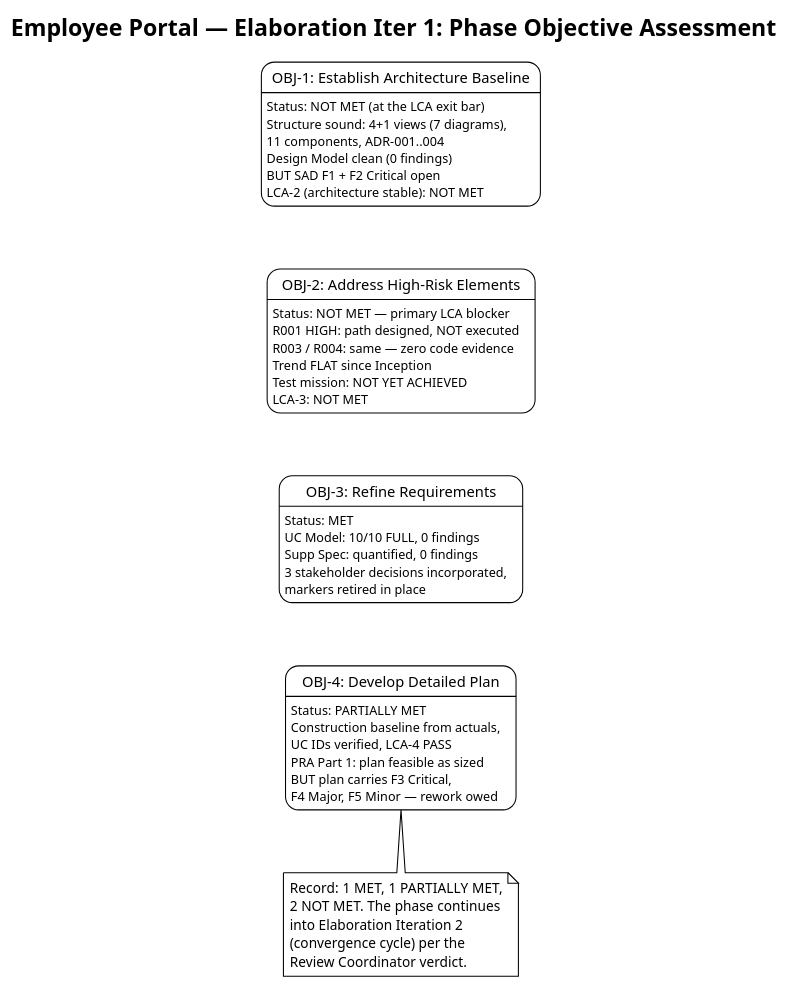
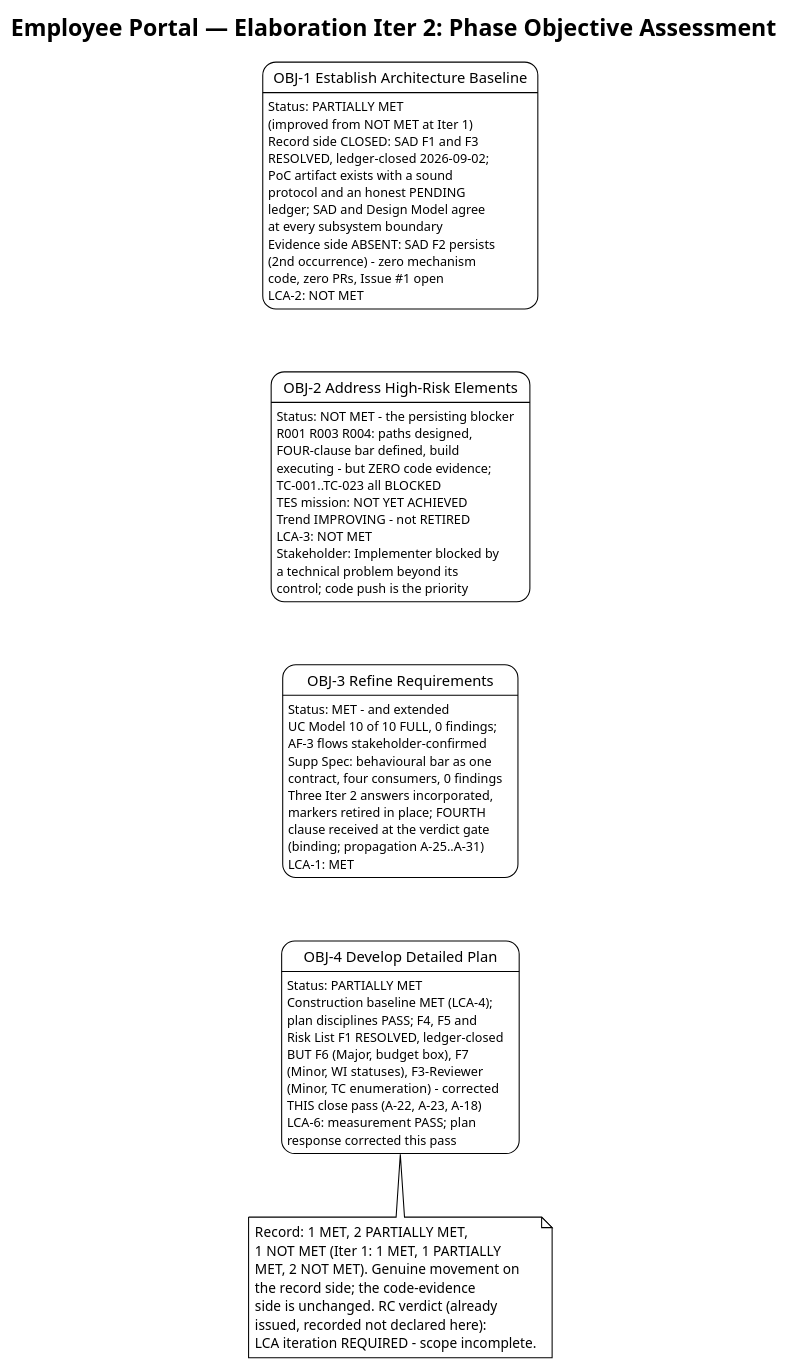
One commit to banense-test/employee-portal changed the first of 4 diagrams in docs/artifacts/project-management/iteration-assessment.md. Above: the diagram before and after it, drawn with PlantUML. The commit also changed other lines of this file, not shown here.

First line of the commit message:
Project Manager [E2]: upsert Iteration Assessment

````diff
--- a/docs/artifacts/project-management/iteration-assessment.md
+++ b/docs/artifacts/project-management/iteration-assessment.md
@@ -19,49 +21,71 @@
 ```plantuml
 @startuml
 !theme plain
-title Employee Portal — Elaboration Iter 1: Phase Objective Assessment
+title Employee Portal — Elaboration Iter 2: Phase Objective Assessment
 
-state "OBJ-1: Establish Architecture Baseline" as OBJ1 {
-  OBJ1 : Status: NOT MET (at the LCA exit bar)
-  OBJ1 : Structure sound: 4+1 views (7 diagrams),
-  OBJ1 : 11 components, ADR-001..004
-  OBJ1 : Design Model clean (0 findings)
-  OBJ1 : BUT SAD F1 + F2 Critical open
-  OBJ1 : LCA-2 (architecture stable): NOT MET
+state "OBJ-1 Establish Architecture Baseline" as OBJ1 {
+  OBJ1 : Status: PARTIALLY MET
+  OBJ1 : (improved from NOT MET at Iter 1)
+  OBJ1 : Record side CLOSED: SAD F1 and F3
+  OBJ1 : RESOLVED, ledger-closed 2026-09-02;
+  OBJ1 : PoC artifact exists with a sound
+  OBJ1 : protocol and an honest PENDING
+  OBJ1 : ledger; SAD and Design Model agree
+  OBJ1 : at every subsystem boundary
+  OBJ1 : Evidence side ABSENT: SAD F2 persists
+  OBJ1 : (2nd occurrence) - zero mechanism
+  OBJ1 : code, zero PRs, Issue #1 open
+  OBJ1 : LCA-2: NOT MET
 }
-state "OBJ-2: Address High-Risk Elements" as OBJ2 {
-  OBJ2 : Status: NOT MET — primary LCA blocker
-  OBJ2 : R001 HIGH: path designed, NOT executed
-  OBJ2 : R003 / R004: same — zero code evidence
-  OBJ2 : Trend FLAT since Inception
-  OBJ2 : Test mission: NOT YET ACHIEVED
+state "OBJ-2 Address High-Risk Elements" as OBJ2 {
+  OBJ2 : Status: NOT MET - the persisting blocker
+  OBJ2 : R001 R003 R004: paths designed,
+  OBJ2 : FOUR-clause bar defined, build
+  OBJ2 : executing - but ZERO code evidence;
+  OBJ2 : TC-001..TC-023 all BLOCKED
+  OBJ2 : TES mission: NOT YET ACHIEVED
+  OBJ2 : Trend IMPROVING - not RETIRED
   OBJ2 : LCA-3: NOT MET
+  OBJ2 : Stakeholder: Implementer blocked by
+  OBJ2 : a technical problem beyond its
+  OBJ2 : control; code push is the priority
 }
-state "OBJ-3: Refine Requirements" as OBJ3 {
-  OBJ3 : Status: MET
-  OBJ3 : UC Model: 10/10 FULL, 0 findings
-  OBJ3 : Supp Spec: quantified, 0 findings
-  OBJ3 : 3 stakeholder decisions incorporated,
-  OBJ3 : markers retired in place
+state "OBJ-3 Refine Requirements" as OBJ3 {
+  OBJ3 : Status: MET - and extended
+  OBJ3 : UC Model 10 of 10 FULL, 0 findings;
+  OBJ3 : AF-3 flows stakeholder-confirmed
+  OBJ3 : Supp Spec: behavioural bar as one
+  OBJ3 : contract, four consumers, 0 findings
+  OBJ3 : Three Iter 2 answers incorporated,
+  OBJ3 : markers retired in place; FOURTH
+  OBJ3 : clause received at the verdict gate
+  OBJ3 : (binding; propagation A-25..A-31)
+  OBJ3 : LCA-1: MET
 }
-state "OBJ-4: Develop Detailed Plan" as OBJ4 {
+state "OBJ-4 Develop Detailed Plan" as OBJ4 {
   OBJ4 : Status: PARTIALLY MET
-  OBJ4 : Construction baseline from actuals,
-  OBJ4 : UC IDs verified, LCA-4 PASS
-  OBJ4 : PRA Part 1: plan feasible as sized
-  OBJ4 : BUT plan carries F3 Critical,
-  OBJ4 : F4 Major, F5 Minor — rework owed
+  OBJ4 : Construction baseline MET (LCA-4);
+  OBJ4 : plan disciplines PASS; F4, F5 and
+  OBJ4 : Risk List F1 RESOLVED, ledger-closed
+  OBJ4 : BUT F6 (Major, budget box), F7
+  OBJ4 : (Minor, WI statuses), F3-Reviewer
+  OBJ4 : (Minor, TC enumeration) - corrected
+  OBJ4 : THIS close pass (A-22, A-23, A-18)
+  OBJ4 : LCA-6: measurement PASS; plan
+  OBJ4 : response corrected this pass
 }
 OBJ1 -[hidden]-> OBJ2
 OBJ2 -[hidden]-> OBJ3
 OBJ3 -[hidden]-> OBJ4
 
 note bottom of OBJ4
-  Record: 1 MET, 1 PARTIALLY MET,
-  2 NOT MET. The phase continues
-  into Elaboration Iteration 2
-  (convergence cycle) per the
-  Review Coordinator verdict.
+  Record: 1 MET, 2 PARTIALLY MET,
+  1 NOT MET (Iter 1: 1 MET, 1 PARTIALLY
+  MET, 2 NOT MET). Genuine movement on
+  the record side; the code-evidence
+  side is unchanged. RC verdict (already
+  issued, recorded not declared here):
+  LCA iteration REQUIRED - scope incomplete.
 end note
 @enduml
 ```
````
